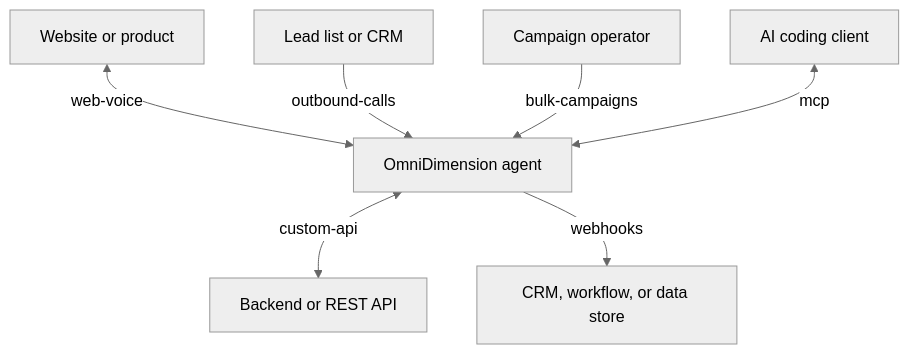
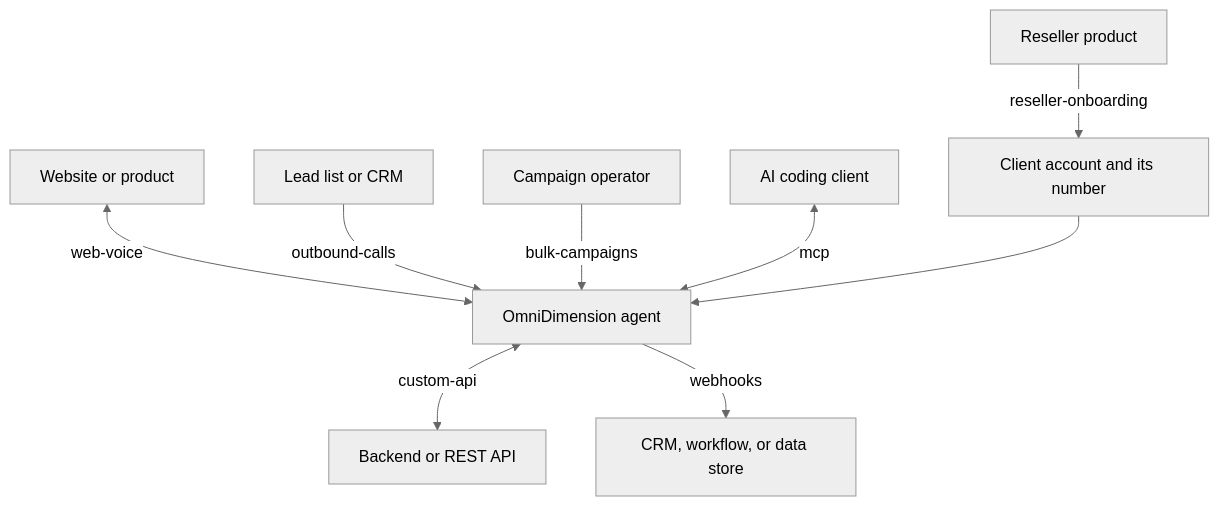
One commit to Omnidim/examples changed the diagram in README.md. Above: the diagram before and after it, drawn with Mermaid. The commit also changed other lines of this file and 11 other files, not shown here.

First line of the commit message:
Reseller onboarding: one client from nothing to a working number (#48)

````diff
--- a/README.md
+++ b/README.md
@@ -70,10 +73,12 @@
 ```mermaid
 %%{init: {'theme': 'neutral'}}%%
 flowchart TB
   Website[Website or product] <--> |web-voice| Agent[OmniDimension agent]
   Agent <--> |custom-api| Backend[Backend or REST API]
   Leads[Lead list or CRM] --> |outbound-calls| Agent
   Ops[Campaign operator] --> |bulk-campaigns| Agent
   Agent --> |webhooks| Destination[CRM, workflow, or data store]
   Client[AI coding client] <--> |mcp| Agent
+  Reseller[Reseller product] --> |reseller-onboarding| Tenant[Client account and its number]
+  Tenant --> Agent
 ```
````
